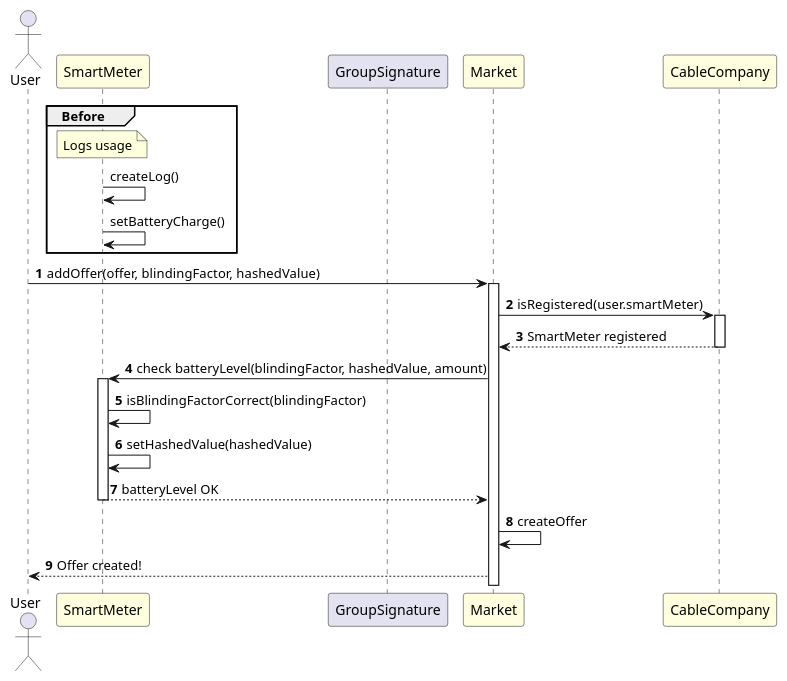
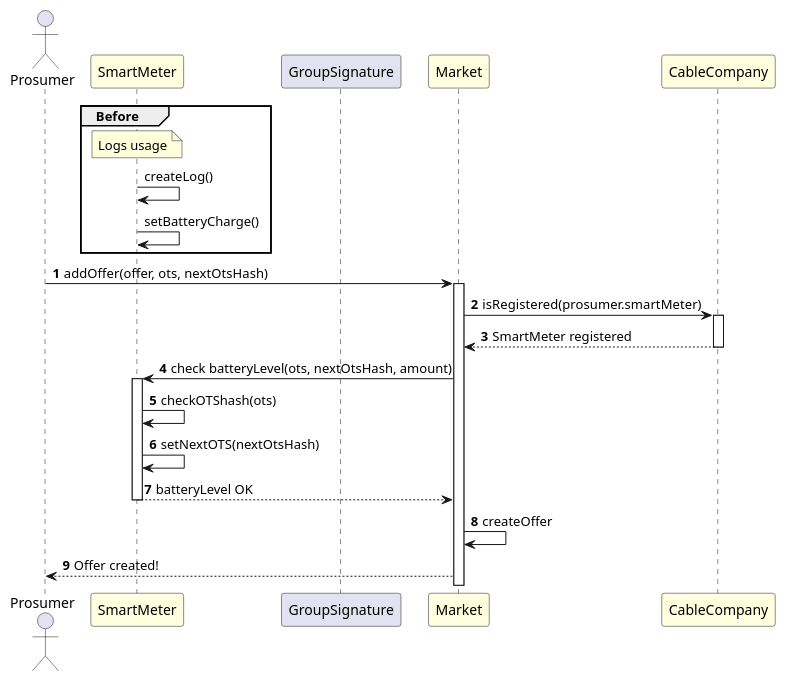
One commit to antonoeschmidt/SmartGridEmpowered changed the diagram in docs/addOfferBlinding.puml. Above: the diagram before and after it, drawn with PlantUML. The commit also changed 8 other files, not shown here.

```diff
--- a/docs/addOfferBlinding.puml
+++ b/docs/addOfferBlinding.puml
@@ -1,29 +1,29 @@
 @startuml AddOffer
-actor User
+actor Prosumer
 participant SmartMeter #LightYellow
 participant GroupSignature
 participant Market #LightYellow
 participant CableCompany #LightYellow
 
 group Before
     note over SmartMeter: Logs usage
     SmartMeter -> SmartMeter: createLog()
 
     SmartMeter -> SmartMeter: setBatteryCharge()
 end group
 
 autonumber
-User -> Market ++: addOffer(offer, blindingFactor, hashedValue)
+Prosumer -> Market ++: addOffer(offer, ots, nextOtsHash)
 
-Market -> CableCompany ++: isRegistered(user.smartMeter)
+Market -> CableCompany ++: isRegistered(prosumer.smartMeter)
 CableCompany --> Market --: SmartMeter registered
 
-Market -> SmartMeter ++: check batteryLevel(blindingFactor, hashedValue, amount)
-SmartMeter -> SmartMeter: isBlindingFactorCorrect(blindingFactor)
-SmartMeter -> SmartMeter: setHashedValue(hashedValue)
+Market -> SmartMeter ++: check batteryLevel(ots, nextOtsHash, amount)
+SmartMeter -> SmartMeter: checkOTShash(ots)
+SmartMeter -> SmartMeter: setNextOTS(nextOtsHash)
 SmartMeter --> Market --: batteryLevel OK
 
 Market -> Market: createOffer
 
-Market --> User: Offer created!
+Market --> Prosumer: Offer created!
 @enduml
```
